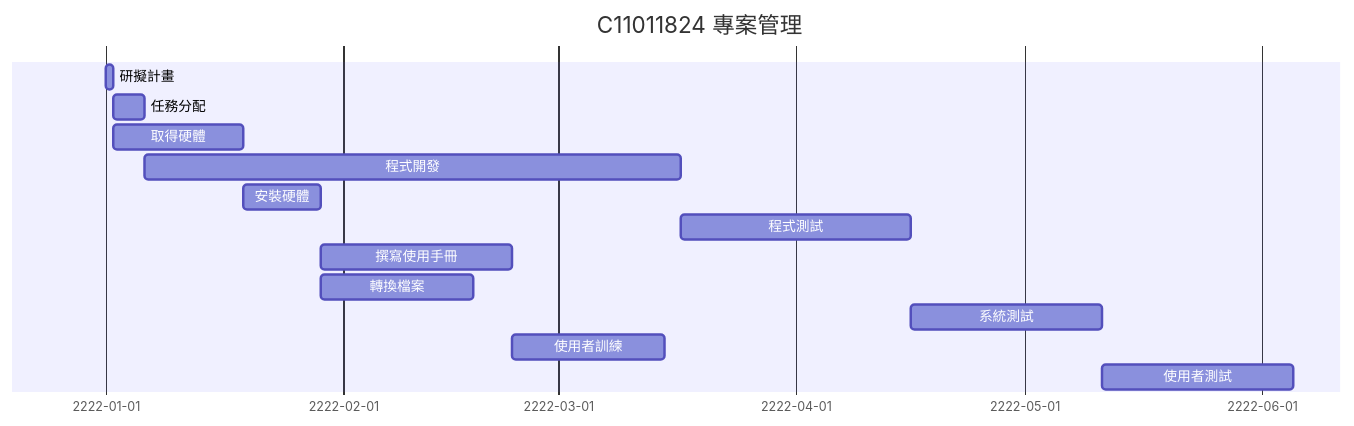
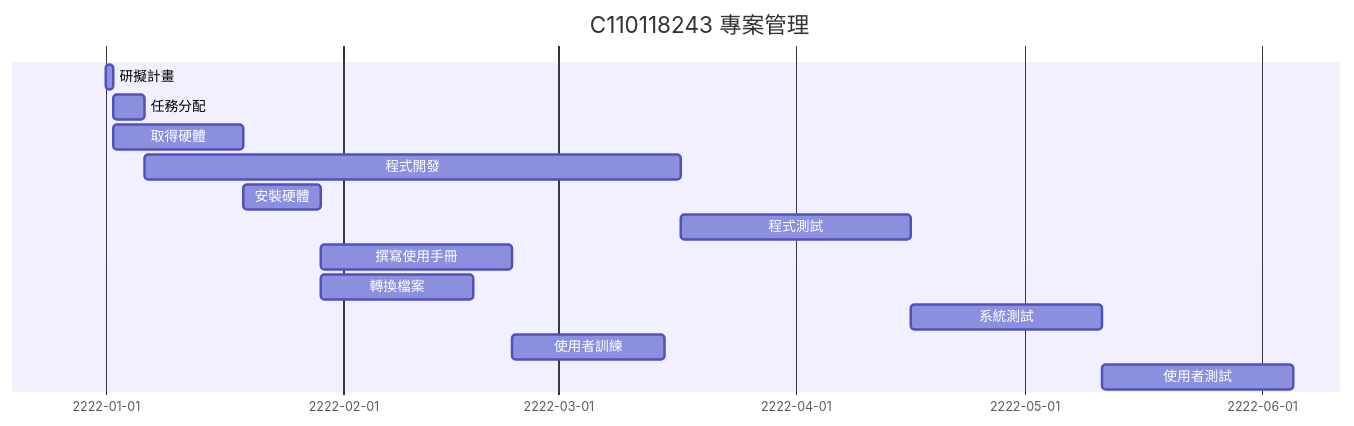
The diagram in hw2.md (Crash0807/0919), drawn with Mermaid before and after one commit.

````diff
--- a/hw2.md
+++ b/hw2.md
@@ -5,15 +5,15 @@
 ```mermaid
 gantt
-    title C11011824 專案管理
+    title C110118243 專案管理
     研擬計畫      :a1, 2222-01-01, 1d
     任務分配      :a2, after a1, 4d
     取得硬體      :a3, after a1, 17d
     程式開發      :a4, after a2, 70d
     安裝硬體      :a5, after a3, 10d
     程式測試      :a6, after a4, 30d
     撰寫使用手冊   :a7, after a5, 25d
     轉換檔案      :a8, after a5, 20d
     系統測試      :a9, after a6, 25d
     使用者訓練    :a10, after a7 & a8, 20d
     使用者測試    :a11, after a9 & a10, 25d
 ```
````
